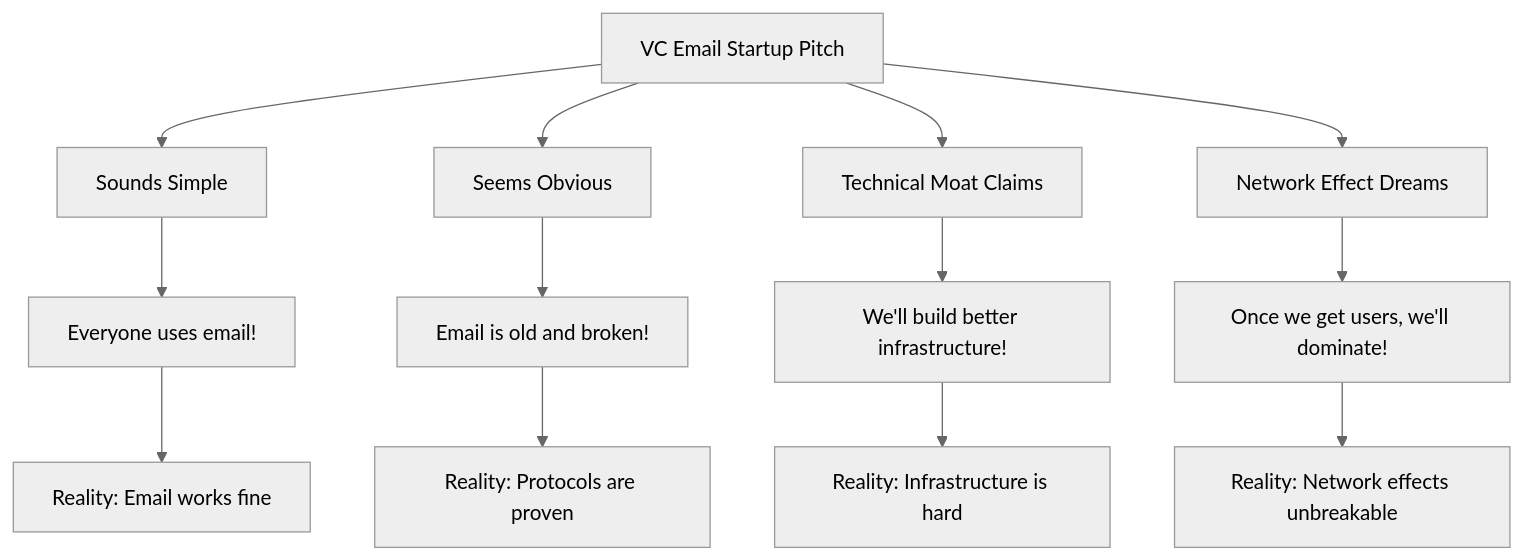
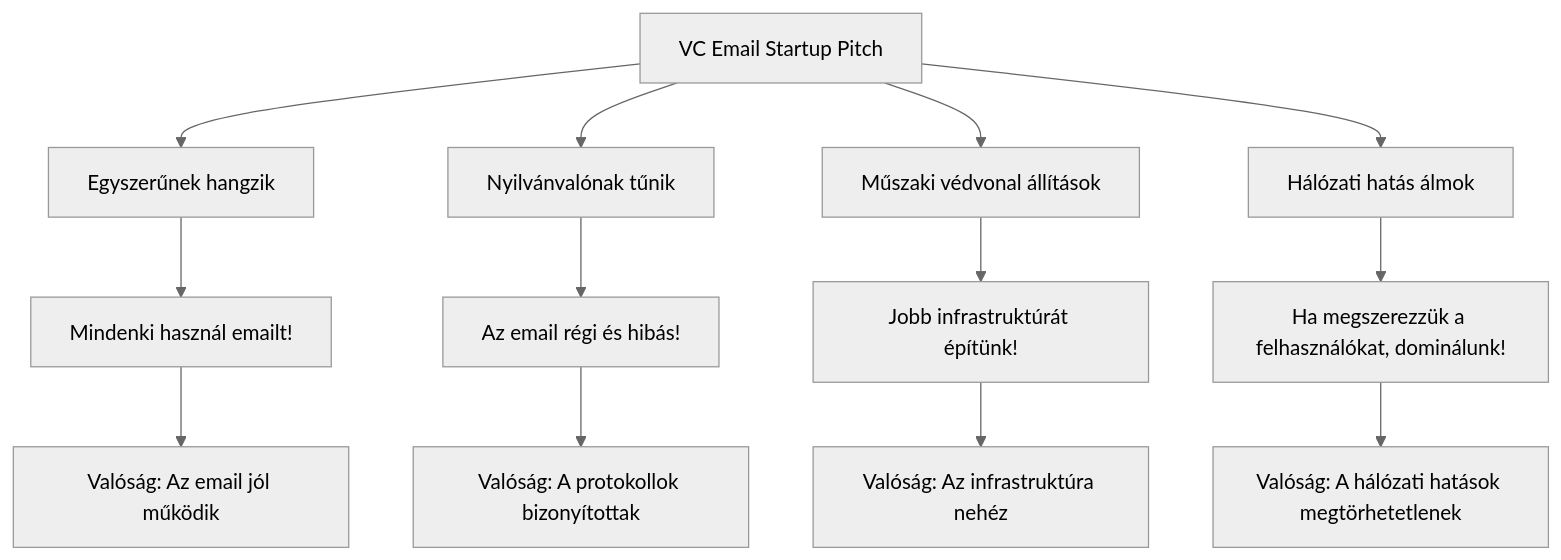
Before and after one commit to forwardemail/forwardemail.net: the third of 10 diagrams in app/views/docs/email-startup-graveyard-why-80-percent-email-companies-fail/index-hu.md, drawn with Mermaid (neutral theme). The commit also changed other lines of this file and 1055 other files, not shown here.

````diff
--- a/app/views/docs/email-startup-graveyard-why-80-percent-email-companies-fail/index-hu.md
+++ b/app/views/docs/email-startup-graveyard-why-80-percent-email-companies-fail/index-hu.md
@@ -272,17 +274,17 @@
 ```mermaid
 graph TD
-    A[VC Email Startup Pitch] --> B[Sounds Simple]
-    A --> C[Seems Obvious]
-    A --> D[Technical Moat Claims]
-    A --> E[Network Effect Dreams]
+    A[VC Email Startup Pitch] --> B[Egyszerűnek hangzik]
+    A --> C[Nyilvánvalónak tűnik]
+    A --> D[Műszaki védvonal állítások]
+    A --> E[Hálózati hatás álmok]
 
-    B --> F[Everyone uses email!]
-    C --> G[Email is old and broken!]
-    D --> H[We'll build better infrastructure!]
-    E --> I[Once we get users, we'll dominate!]
+    B --> F[Mindenki használ emailt!]
+    C --> G[Az email régi és hibás!]
+    D --> H[Jobb infrastruktúrát építünk!]
+    E --> I[Ha megszerezzük a felhasználókat, dominálunk!]
 
-    F --> J[Reality: Email works fine]
-    G --> K[Reality: Protocols are proven]
-    H --> L[Reality: Infrastructure is hard]
-    I --> M[Reality: Network effects unbreakable]
+    F --> J[Valóság: Az email jól működik]
+    G --> K[Valóság: A protokollok bizonyítottak]
+    H --> L[Valóság: Az infrastruktúra nehéz]
+    I --> M[Valóság: A hálózati hatások megtörhetetlenek]
 ```
````
